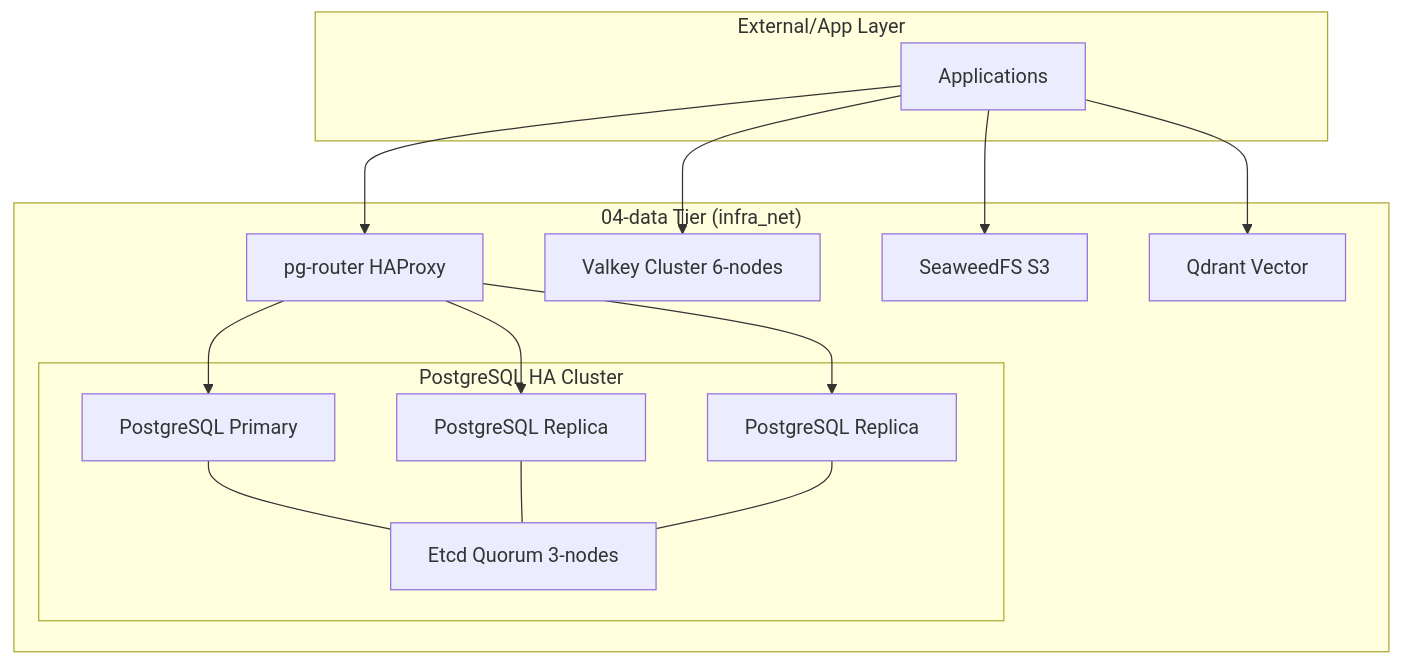
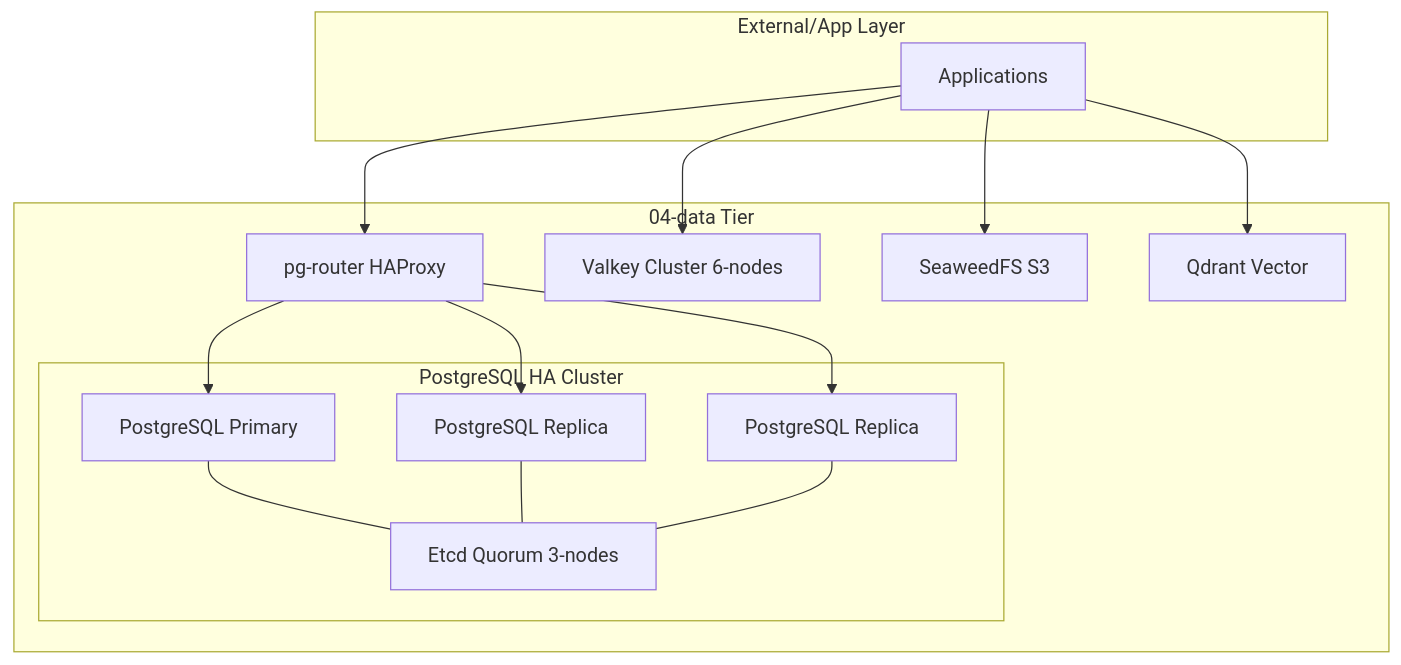
Before and after one commit to buenhyden/hy-home.docker: the diagram in docs/02.architecture/descriptions/0004-data-architecture.md, drawn with Mermaid. The commit also changed other lines of this file and 121 other files, not shown here.

First line of the commit message:
refactor(network): Remove infra_net and keep only flow-scoped networks

````diff
--- a/docs/02.architecture/descriptions/0004-data-architecture.md
+++ b/docs/02.architecture/descriptions/0004-data-architecture.md
@@ -56,33 +56,33 @@
 ```mermaid
 graph TD
     subgraph "External/App Layer"
         APP[Applications]
     end
 
-    subgraph "04-data Tier (infra_net)"
+    subgraph "04-data Tier"
         ROUTER[pg-router HAProxy]
         V_CLSTR[Valkey Cluster 6-nodes]
         OBJ[SeaweedFS S3]
         QDRANT[Qdrant Vector]
 
         subgraph "PostgreSQL HA Cluster"
             PG0[PostgreSQL Primary]
             PG1[PostgreSQL Replica]
             PG2[PostgreSQL Replica]
             ETCD[Etcd Quorum 3-nodes]
         end
     end
 
     APP --> ROUTER
     APP --> V_CLSTR
     APP --> OBJ
     APP --> QDRANT
 
     ROUTER --> PG0
     ROUTER --> PG1
     ROUTER --> PG2
 
     PG0 --- ETCD
     PG1 --- ETCD
     PG2 --- ETCD
 ```
````
